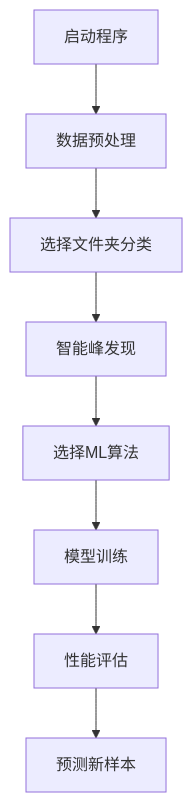
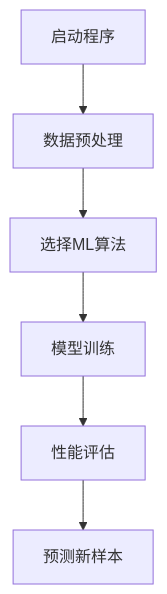
One commit to swws50/ms_ml_project changed the diagram in readme.md. Above: the diagram before and after it, drawn with Mermaid. The commit also changed 3 other files, not shown here.

````diff
--- a/readme.md
+++ b/readme.md
@@ -92,10 +92,8 @@
 ```mermaid
     graph TD
         A[启动程序] --> B[数据预处理]
-        B --> C[选择文件夹分类]
-        C --> D[智能峰发现]
-        D --> E[选择ML算法]
+        B --> E[选择ML算法]
         E --> F[模型训练]
         F --> G[性能评估]
         G --> H[预测新样本]
 ```
````
